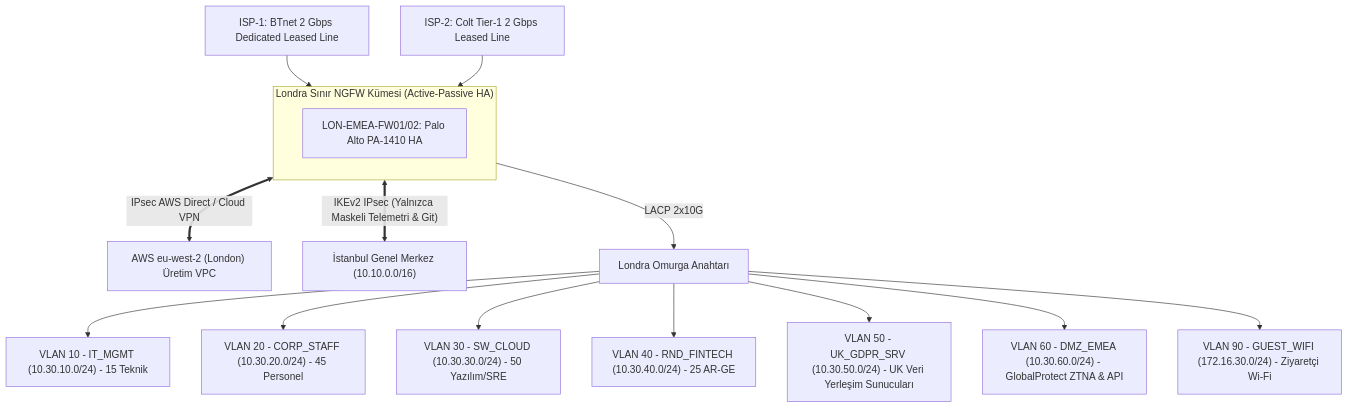
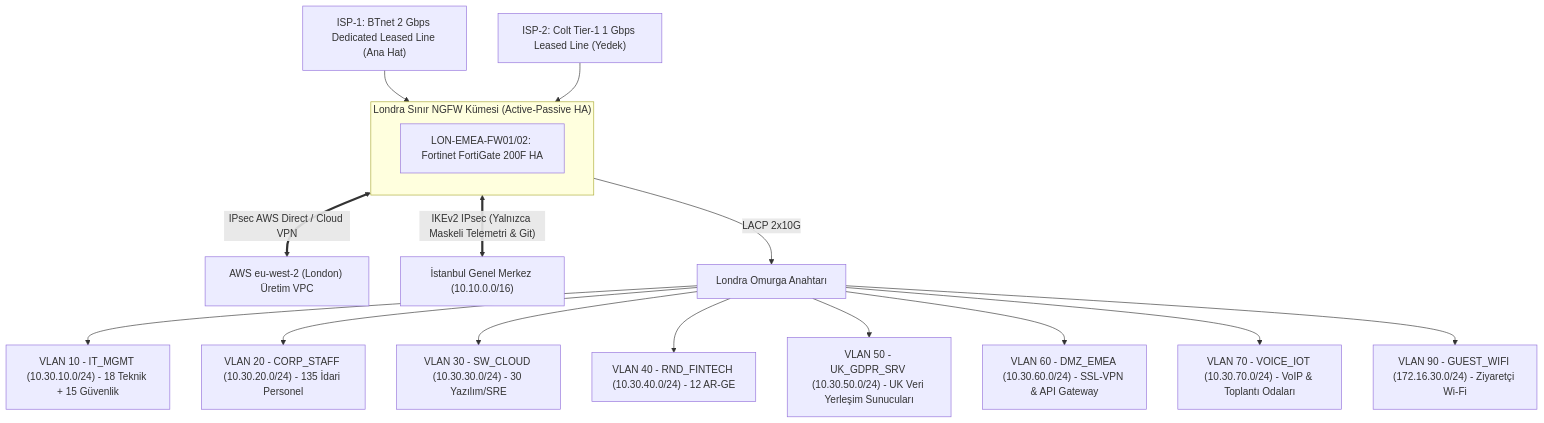
One commit to kkaanozturk/firewall-dev changed the diagram in 03-londra-ofisi/README.md. Above: the diagram before and after it, drawn with Mermaid. The commit also changed other lines of this file and 4 other files, not shown here.

````diff
--- a/03-londra-ofisi/README.md
+++ b/03-londra-ofisi/README.md
@@ -29,21 +28,22 @@
 ```mermaid
 flowchart TB
-    ISP_BT["ISP-1: BTnet 2 Gbps Dedicated Leased Line"] --> FW_LON
-    ISP_COLT["ISP-2: Colt Tier-1 2 Gbps Leased Line"] --> FW_LON
+    ISP_BT["ISP-1: BTnet 2 Gbps Dedicated Leased Line (Ana Hat)"] --> FW_LON
+    ISP_COLT["ISP-2: Colt Tier-1 1 Gbps Leased Line (Yedek)"] --> FW_LON
 
     subgraph FW_LON["Londra Sınır NGFW Kümesi (Active-Passive HA)"]
-        PA_LON["LON-EMEA-FW01/02: Palo Alto PA-1410 HA"]
+        FG_LON["LON-EMEA-FW01/02: Fortinet FortiGate 200F HA"]
     end
 
     FW_LON <==>|"IPsec AWS Direct / Cloud VPN"| CLOUD_UK["AWS eu-west-2 (London) Üretim VPC"]
     FW_LON <==>|"IKEv2 IPsec (Yalnızca Maskeli Telemetri & Git)"| IST_HQ["İstanbul Genel Merkez (10.10.0.0/16)"]
     FW_LON -->|"LACP 2x10G"| CORE_LON["Londra Omurga Anahtarı"]
 
-    CORE_LON --> V10["VLAN 10 - IT_MGMT (10.30.10.0/24) - 15 Teknik"]
-    CORE_LON --> V20["VLAN 20 - CORP_STAFF (10.30.20.0/24) - 45 Personel"]
-    CORE_LON --> V30["VLAN 30 - SW_CLOUD (10.30.30.0/24) - 50 Yazılım/SRE"]
-    CORE_LON --> V40["VLAN 40 - RND_FINTECH (10.30.40.0/24) - 25 AR-GE"]
+    CORE_LON --> V10["VLAN 10 - IT_MGMT (10.30.10.0/24) - 18 Teknik + 15 Güvenlik"]
+    CORE_LON --> V20["VLAN 20 - CORP_STAFF (10.30.20.0/24) - 135 İdari Personel"]
+    CORE_LON --> V30["VLAN 30 - SW_CLOUD (10.30.30.0/24) - 30 Yazılım/SRE"]
+    CORE_LON --> V40["VLAN 40 - RND_FINTECH (10.30.40.0/24) - 12 AR-GE"]
     CORE_LON --> V50["VLAN 50 - UK_GDPR_SRV (10.30.50.0/24) - UK Veri Yerleşim Sunucuları"]
-    CORE_LON --> V60["VLAN 60 - DMZ_EMEA (10.30.60.0/24) - GlobalProtect ZTNA & API"]
+    CORE_LON --> V60["VLAN 60 - DMZ_EMEA (10.30.60.0/24) - SSL-VPN & API Gateway"]
+    CORE_LON --> V70["VLAN 70 - VOICE_IOT (10.30.70.0/24) - VoIP & Toplantı Odaları"]
     CORE_LON --> V90["VLAN 90 - GUEST_WIFI (172.16.30.0/24) - Ziyaretçi Wi-Fi"]
 ```
````
